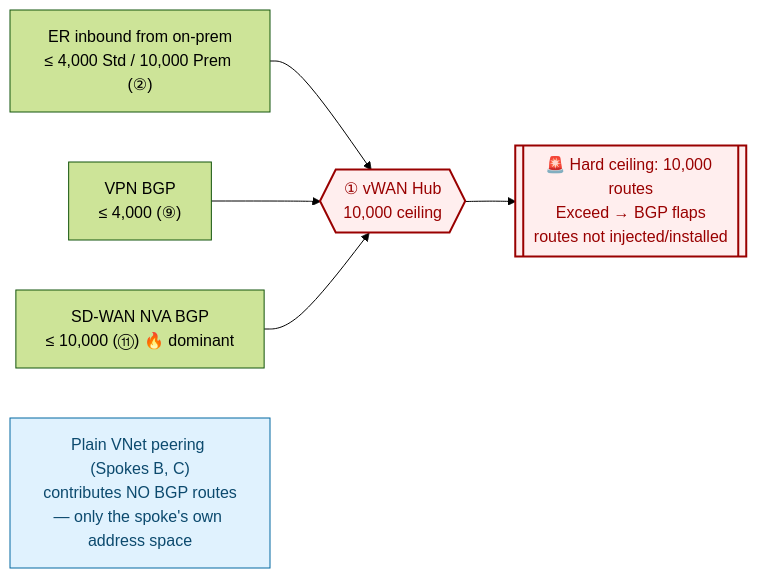
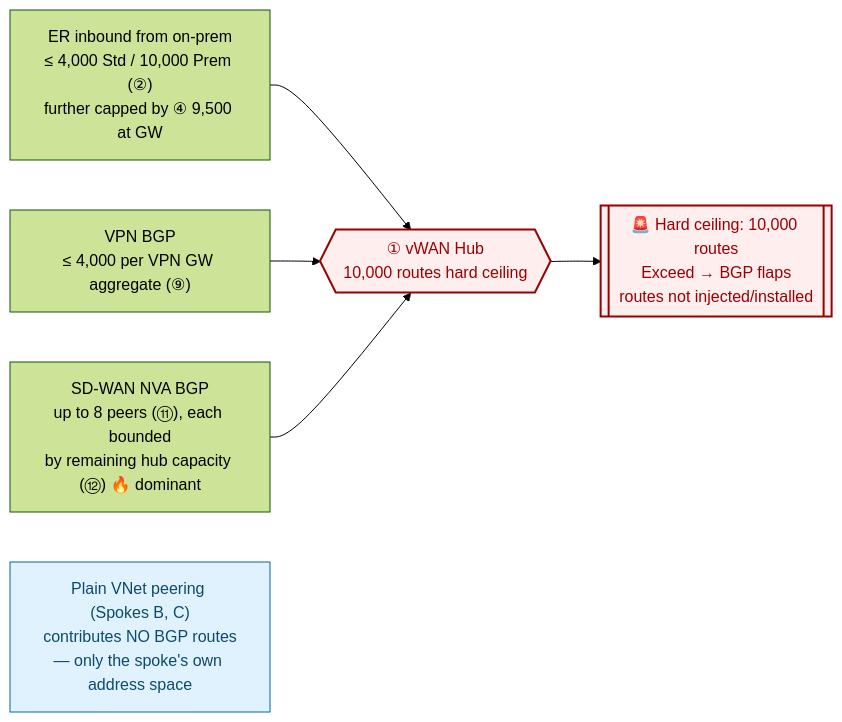
The second of 3 diagrams in README.md (adtork/vwan-routing-limits), drawn with Mermaid (forest theme) before and after one commit. The commit also changed other lines of this file, not shown here.

````diff
--- a/README.md
+++ b/README.md
@@ -94,15 +101,15 @@
 ```mermaid
 flowchart LR
-    A["ER inbound from on-prem<br/>≤ 4,000 Std / 10,000 Prem (②)"] --> H{{"① vWAN Hub<br/>10,000 ceiling"}}
-    B["VPN BGP<br/>≤ 4,000 (⑨)"] --> H
-    C["SD-WAN NVA BGP<br/>≤ 10,000 (⑪) 🔥 dominant"] --> H
+    A["ER inbound from on-prem<br/>≤ 4,000 Std / 10,000 Prem (②)<br/>further capped by ④ 9,500 at GW"] --> H{{"① vWAN Hub<br/>10,000 routes hard ceiling"}}
+    B["VPN BGP<br/>≤ 4,000 per VPN GW aggregate (⑨)"] --> H
+    C["SD-WAN NVA BGP<br/>up to 8 peers (⑪), each bounded<br/>by remaining hub capacity (⑫) 🔥 dominant"] --> H
 
     H --> X[["🚨 Hard ceiling: 10,000 routes<br/>Exceed → BGP flaps<br/>routes not injected/installed"]]
 
     note["Plain VNet peering (Spokes B, C)<br/>contributes NO BGP routes<br/>— only the spoke's own address space"]
 
     classDef danger fill:#fee,stroke:#900,stroke-width:2px,color:#900
     classDef info fill:#e0f2fe,stroke:#0369a1,color:#0c4a6e
     class X,H danger
     class note info
 ```
````
